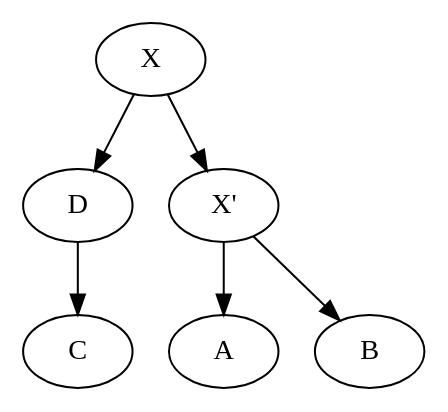
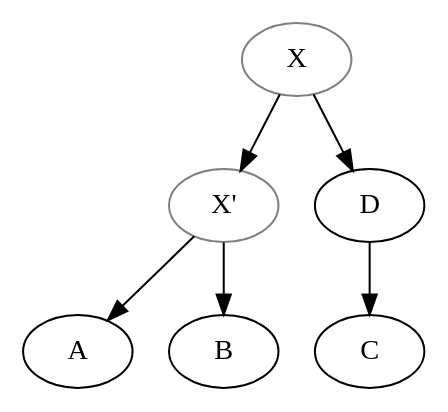
Before and after one commit to OpenStemmata/database: the diagram in data/fro/Heriche_2000_Alexandre/stemma.gv, drawn with Graphviz.

Commit message:
hypothetical nodes

```diff
--- a/data/fro/Heriche_2000_Alexandre/stemma.gv
+++ b/data/fro/Heriche_2000_Alexandre/stemma.gv
@@ -1,10 +1,12 @@
 digraph {
+    X[color="grey"];
+    Xprime[color="grey"];
 
     X -> D;
     X -> Xprime ;
     Xprime [label="X'"]
     Xprime -> A
     Xprime -> B
     D -> C
 
-}
+} 
```
